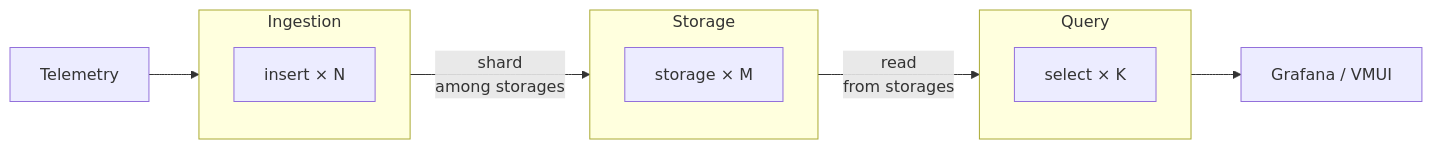
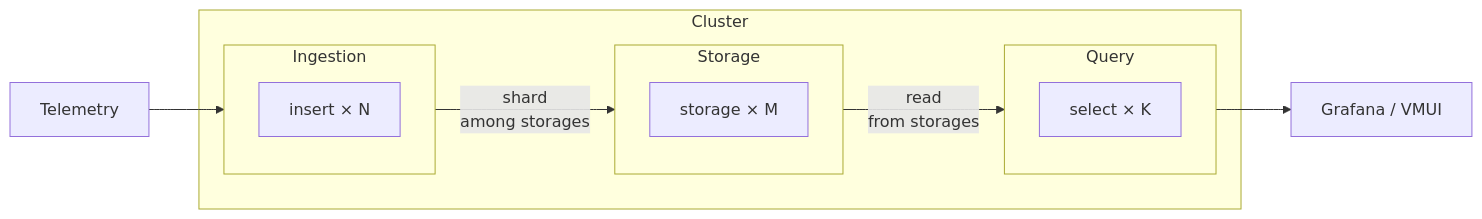
One commit to VictoriaMetrics/VictoriaStack changed the diagram in docs/victoriastack/README.md. Above: the diagram before and after it, drawn with Mermaid. The commit also changed other lines of this file, not shown here.

````diff
--- a/docs/victoriastack/README.md
+++ b/docs/victoriastack/README.md
@@ -54,29 +61,33 @@
 ```mermaid
 flowchart LR
 
     Sources["Telemetry"]
 
     Sources --> VI
 
-    subgraph Ingestion
-        direction TB
-        VI["insert × N"]
-    end
+    subgraph Cluster
 
-    subgraph Storage
-        direction TB
-        VS["storage × M"]
-    end
+        subgraph Ingestion
+            direction TB
+            VI["insert × N"]
+        end
 
-    subgraph Query
-        direction TB
-        VQ["select × K"]
+        subgraph Storage
+            direction TB
+            VS["storage × M"]
+        end
+
+        subgraph Query
+            direction TB
+            VQ["select × K"]
+        end
+
     end
 
     VI -->|"shard <br>among storages"| VS
     VS -->|"read <br>from storages"| VQ
 
     Clients["Grafana / VMUI"]
 
     VQ --> Clients
 ```
````
